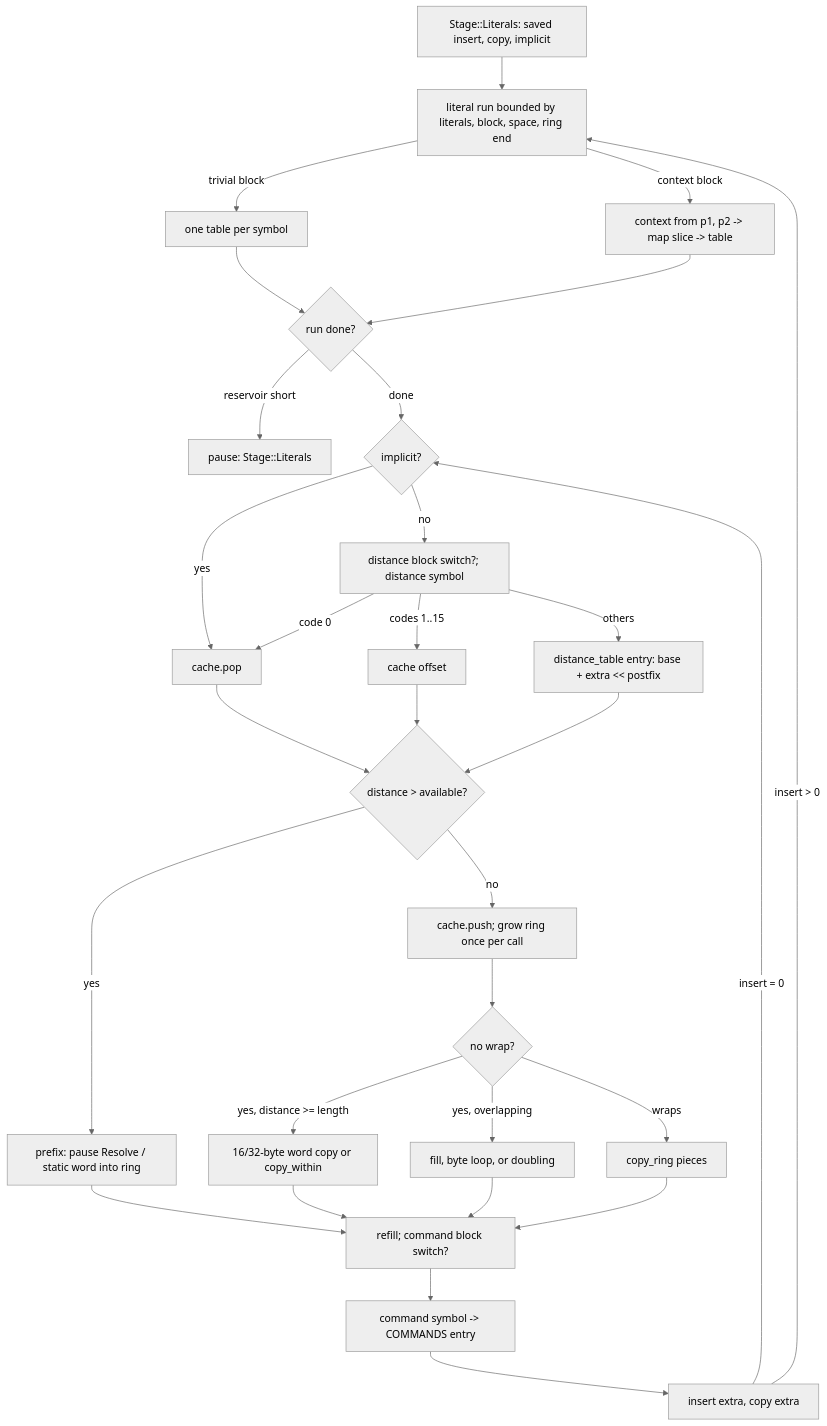
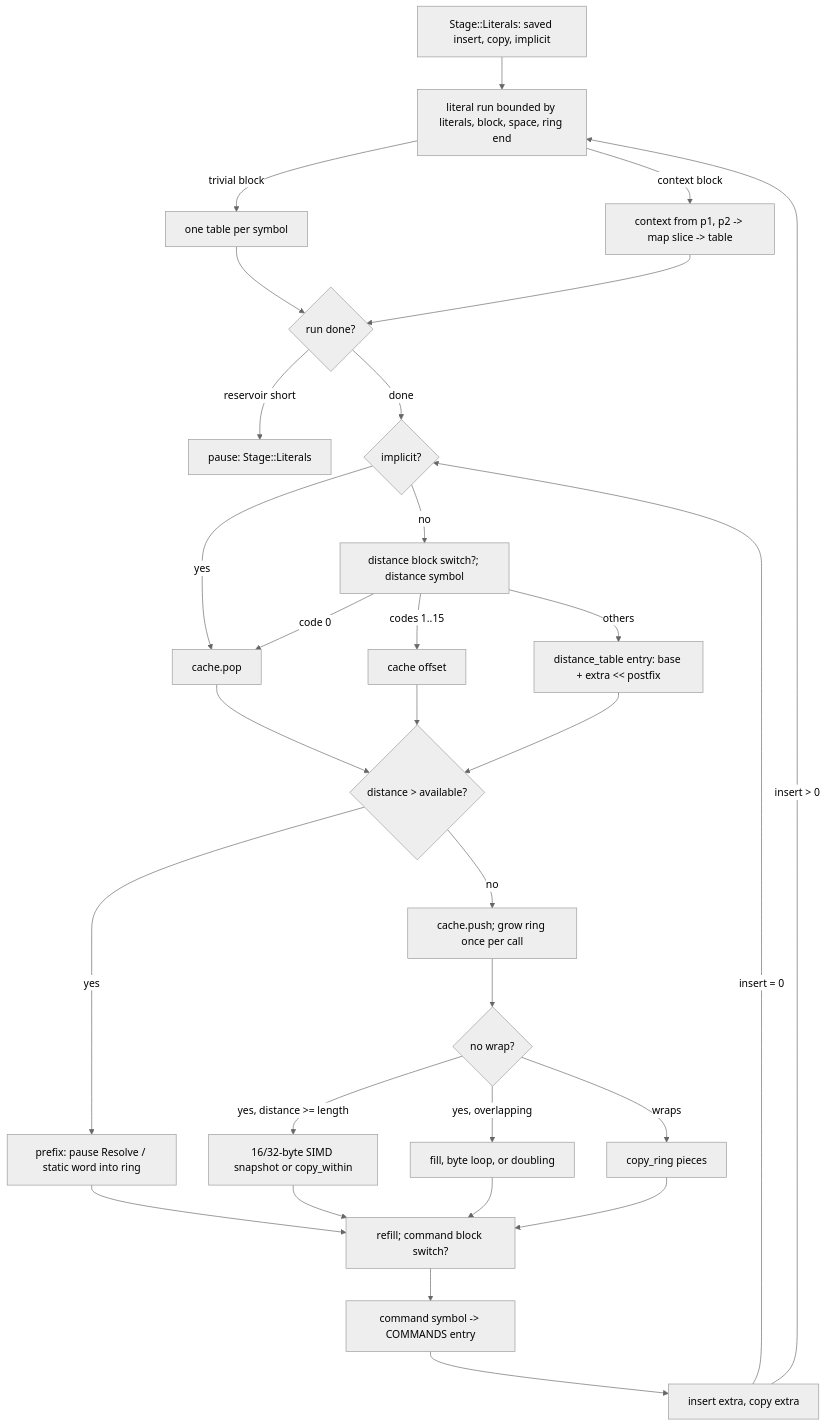
Before and after one commit to Mnwa/mbrotli: the fifth of 8 diagrams in architecture/decompressor.md, drawn with Mermaid (neutral theme). The commit also changed other lines of this file and 9 other files, not shown here.

````diff
--- a/architecture/decompressor.md
+++ b/architecture/decompressor.md
@@ -238,32 +243,32 @@
 ```mermaid
 flowchart TD
     Resume[Stage::Literals: saved insert, copy, implicit] --> Lit
     Start[refill; command block switch?] --> Cmd[command symbol -> COMMANDS entry]
     Cmd --> Extra[insert extra, copy extra]
     Extra -->|insert > 0| Lit[literal run bounded by literals, block, space, ring end]
     Lit -->|trivial block| One[one table per symbol]
     Lit -->|context block| Ctx[context from p1, p2 -> map slice -> table]
     One --> More{run done?}
     Ctx --> More
     More -->|reservoir short| PauseL[pause: Stage::Literals]
     More -->|done| Dist
     Extra -->|insert = 0| Dist{implicit?}
     Dist -->|yes| Pop[cache.pop]
     Dist -->|no| Sym[distance block switch?; distance symbol]
     Sym -->|code 0| Pop
     Sym -->|codes 1..15| Short[cache offset]
     Sym -->|others| Tab[distance_table entry: base + extra << postfix]
     Pop --> Ref
     Short --> Ref
     Tab --> Ref{distance > available?}
     Ref -->|yes| Dict[prefix: pause Resolve / static word into ring]
     Ref -->|no| Push[cache.push; grow ring once per call]
     Push --> Copy{no wrap?}
-    Copy -->|yes, distance >= length| Word[16/32-byte word copy or copy_within]
+    Copy -->|yes, distance >= length| Word[16/32-byte SIMD snapshot or copy_within]
     Copy -->|yes, overlapping| Overlap[fill, byte loop, or doubling]
     Copy -->|wraps| Ring[copy_ring pieces]
     Word --> Start
     Overlap --> Start
     Ring --> Start
     Dict --> Start
 ```
````
